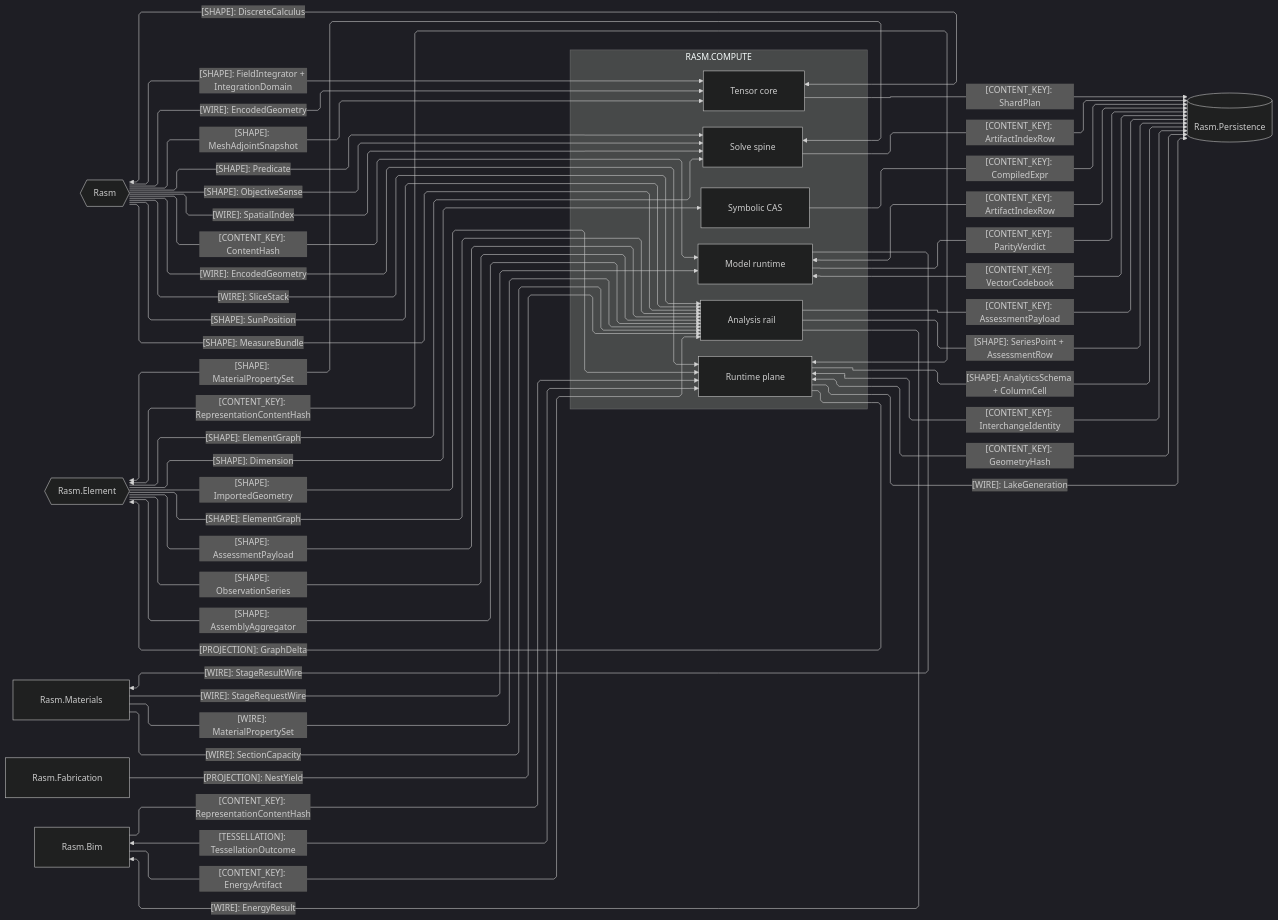
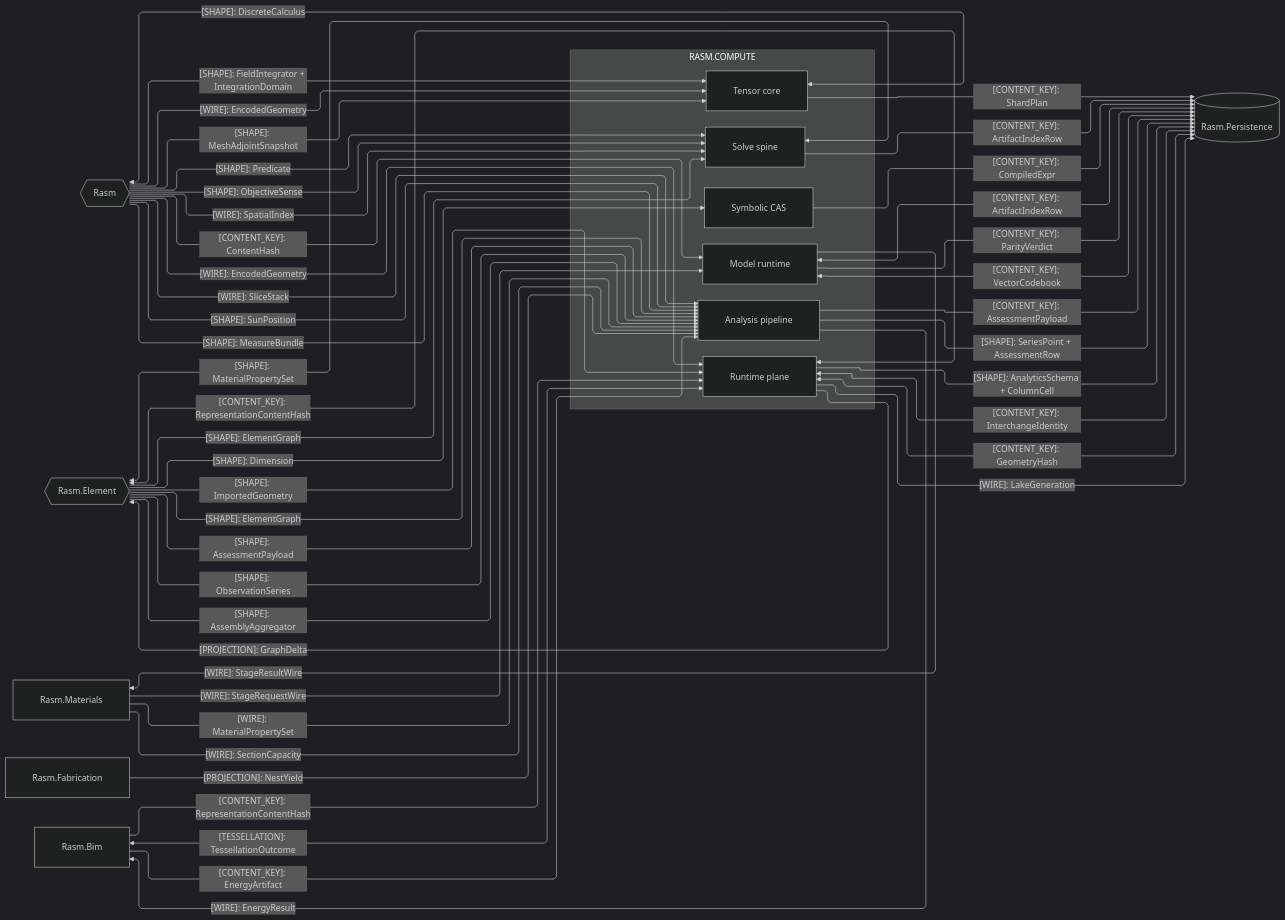
One commit to bsamiee/Rasm changed the second of 4 diagrams in libs/dotnet/Rasm.Compute/ARCHITECTURE.md. Above: the diagram before and after it, drawn with Mermaid (dark theme). The commit also changed other lines of this file and 1997 other files, not shown here.

````diff
--- a/libs/dotnet/Rasm.Compute/ARCHITECTURE.md
+++ b/libs/dotnet/Rasm.Compute/ARCHITECTURE.md
@@ -141,69 +141,69 @@
 ```mermaid
 ---
 config:
   layout: elk
   flowchart:
     curve: linear
     padding: 25
 ---
 flowchart LR
-    accTitle: Compute AEC-domain and storage seams
+    accTitle: Compute AEC-domain and storage interfaces
     accDescr: Which kinded contract shapes cross between Compute's owners, the kernel, the AEC peers, and the persistence store.
     subgraph compute[RASM.COMPUTE]
         Model[Model runtime]
         Tensor[Tensor core]
         Solver[Solve spine]
         Symbolic[Symbolic CAS]
-        Analysis[Analysis rail]
+        Analysis[Analysis pipeline]
         Runtime[Runtime plane]
     end
     Rasm{{Rasm}}
     Persistence[(Rasm.Persistence)]
     Element{{Rasm.Element}}
     Materials[Rasm.Materials]
     Fabrication[Rasm.Fabrication]
     Bim[Rasm.Bim]
     Rasm e1@-->|"[CONTENT_KEY]: ContentHash"| Model
     Rasm e3@-->|"[SHAPE]: Predicate"| Solver
     Rasm e4@-->|"[SHAPE]: ObjectiveSense"| Solver
     Tensor e5@<-->|"[SHAPE]: DiscreteCalculus"| Rasm
     Rasm e6@-->|"[WIRE]: SliceStack"| Analysis
     Rasm e7@-->|"[SHAPE]: MeshAdjointSnapshot"| Tensor
     Rasm e8@-->|"[WIRE]: SpatialIndex"| Solver
     Rasm e9@-->|"[WIRE]: EncodedGeometry"| Tensor
     Rasm e10@-->|"[SHAPE]: FieldIntegrator + IntegrationDomain"| Tensor
     Rasm e11@-->|"[SHAPE]: SunPosition"| Analysis
     Rasm e12@-->|"[SHAPE]: MeasureBundle"| Analysis
     Model e13@<-->|"[CONTENT_KEY]: ArtifactIndexRow"| Persistence
     Model e14@-->|"[CONTENT_KEY]: ParityVerdict"| Persistence
     Model e15@<-->|"[CONTENT_KEY]: VectorCodebook"| Persistence
     Tensor e16@-->|"[CONTENT_KEY]: ShardPlan"| Persistence
     Solver e17@-->|"[CONTENT_KEY]: ArtifactIndexRow"| Persistence
     Symbolic e18@-->|"[CONTENT_KEY]: CompiledExpr"| Persistence
     Analysis e19@-->|"[CONTENT_KEY]: AssessmentPayload"| Persistence
     Analysis e20@-->|"[SHAPE]: SeriesPoint + AssessmentRow"| Persistence
     Runtime e21@<-->|"[CONTENT_KEY]: InterchangeIdentity"| Persistence
     Runtime e22@<-->|"[CONTENT_KEY]: GeometryHash"| Persistence
     Runtime e23@-->|"[WIRE]: LakeGeneration"| Persistence
     Runtime e24@-->|"[SHAPE]: AnalyticsSchema + ColumnCell"| Persistence
     Rasm e25@-->|"[WIRE]: EncodedGeometry"| Runtime
     Solver e26@<-->|"[SHAPE]: MaterialPropertySet"| Element
     Element e27@-->|"[SHAPE]: Dimension"| Symbolic
     Element e28@-->|"[SHAPE]: ElementGraph"| Analysis
     Element e29@-->|"[SHAPE]: ElementGraph"| Solver
     Element e30@-->|"[SHAPE]: AssessmentPayload"| Analysis
     Element e31@-->|"[SHAPE]: ObservationSeries"| Analysis
     Runtime e32@-->|"[PROJECTION]: GraphDelta"| Element
     Runtime e33@<-->|"[CONTENT_KEY]: RepresentationContentHash"| Element
     Element e34@-->|"[SHAPE]: ImportedGeometry"| Runtime
     Element e35@-->|"[SHAPE]: AssemblyAggregator"| Analysis
     Materials e36@-->|"[WIRE]: MaterialPropertySet"| Analysis
     Materials e37@-->|"[WIRE]: SectionCapacity"| Analysis
     Materials e38@-->|"[WIRE]: StageRequestWire"| Model
     Model e39@-->|"[WIRE]: StageResultWire"| Materials
     Fabrication e40@-->|"[PROJECTION]: NestYield"| Analysis
     Bim e41@<-->|"[TESSELLATION]: TessellationOutcome"| Runtime
     Bim e43@-->|"[CONTENT_KEY]: RepresentationContentHash"| Runtime
     Bim e44@-->|"[CONTENT_KEY]: EnergyArtifact"| Analysis
     Analysis e45@-->|"[WIRE]: EnergyResult"| Bim
 ```
````
